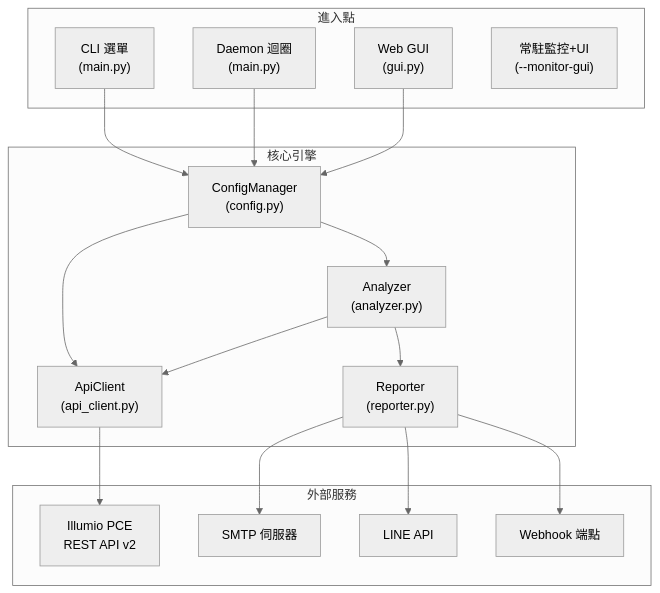
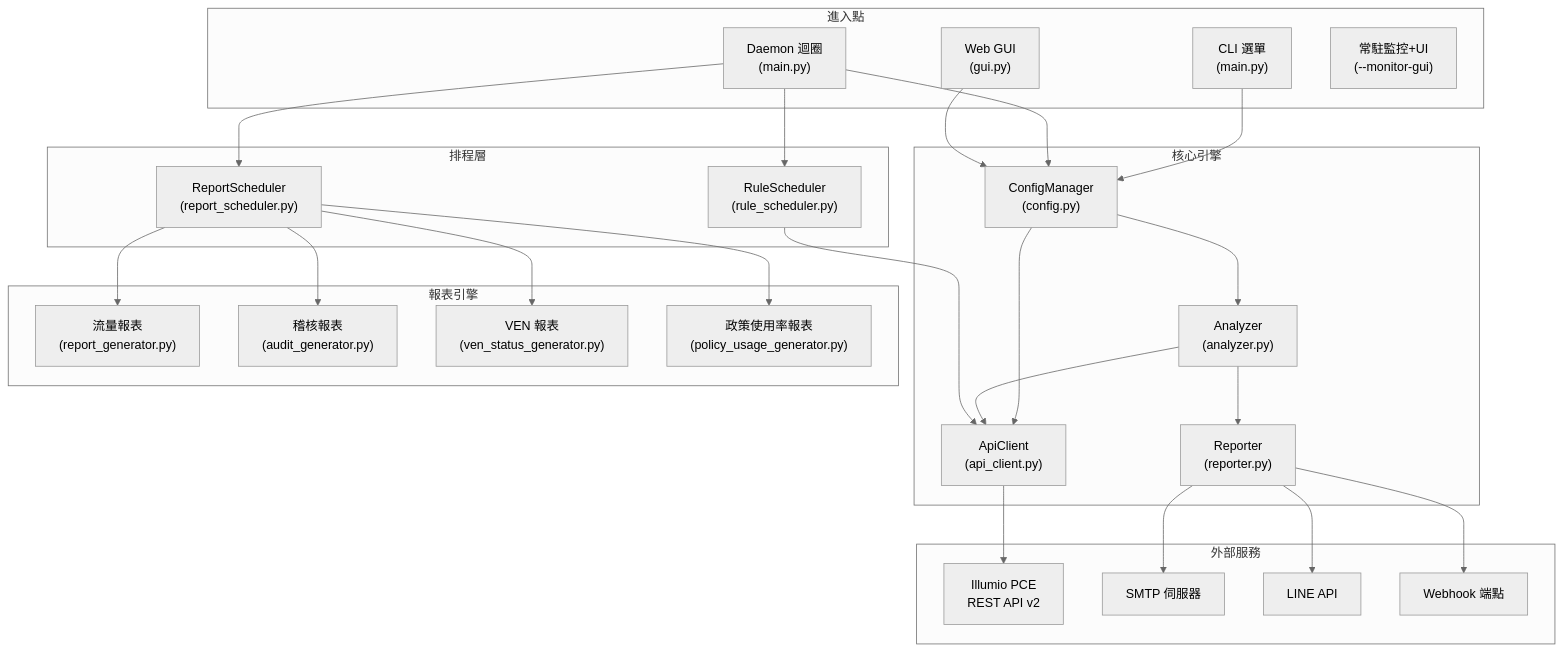
Before and after one commit to harry10148/illumio-ops: the first of 2 diagrams in docs/Project_Architecture_zh.md, drawn with Mermaid (neutral theme). The commit also changed other lines of this file and 15 other files, not shown here.

````diff
--- a/docs/Project_Architecture_zh.md
+++ b/docs/Project_Architecture_zh.md
@@ -9,35 +9,54 @@
 ```mermaid
 graph TB
     subgraph Entry["進入點"]
         CLI["CLI 選單<br/>(main.py)"]
         DAEMON["Daemon 迴圈<br/>(main.py)"]
         GUI["Web GUI<br/>(gui.py)"]
         PERSIST["常駐監控+UI<br/>(--monitor-gui)"]
     end
 
     subgraph Core["核心引擎"]
         CFG["ConfigManager<br/>(config.py)"]
         API["ApiClient<br/>(api_client.py)"]
         ANA["Analyzer<br/>(analyzer.py)"]
         REP["Reporter<br/>(reporter.py)"]
+    end
+
+    subgraph Scheduler["排程層"]
+        RSCHED["ReportScheduler<br/>(report_scheduler.py)"]
+        RULSCHED["RuleScheduler<br/>(rule_scheduler.py)"]
+    end
+
+    subgraph Report["報表引擎"]
+        RGEN["流量報表<br/>(report_generator.py)"]
+        AGEN["稽核報表<br/>(audit_generator.py)"]
+        VGEN["VEN 報表<br/>(ven_status_generator.py)"]
+        PUGEN["政策使用率報表<br/>(policy_usage_generator.py)"]
     end
 
     subgraph External["外部服務"]
         PCE["Illumio PCE<br/>REST API v2"]
         SMTP_SVC["SMTP 伺服器"]
         LINE_SVC["LINE API"]
         HOOK_SVC["Webhook 端點"]
     end
 
     CLI --> CFG
     DAEMON --> CFG
     GUI --> CFG
     CFG --> API
     API --> PCE
     CFG --> ANA
     ANA --> API
     ANA --> REP
+    DAEMON --> RSCHED
+    DAEMON --> RULSCHED
+    RSCHED --> RGEN
+    RSCHED --> AGEN
+    RSCHED --> VGEN
+    RSCHED --> PUGEN
+    RULSCHED --> API
     REP --> SMTP_SVC
     REP --> LINE_SVC
     REP --> HOOK_SVC
 ```
````
